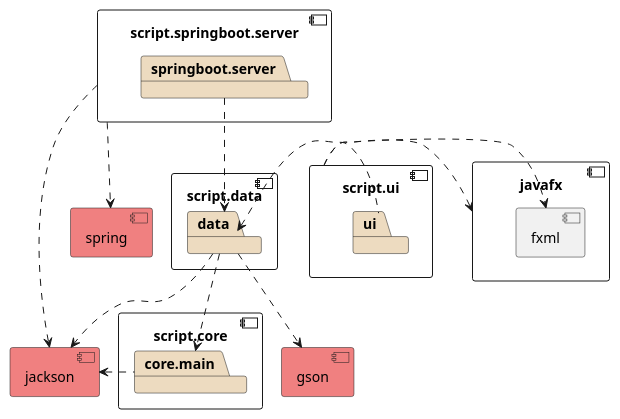
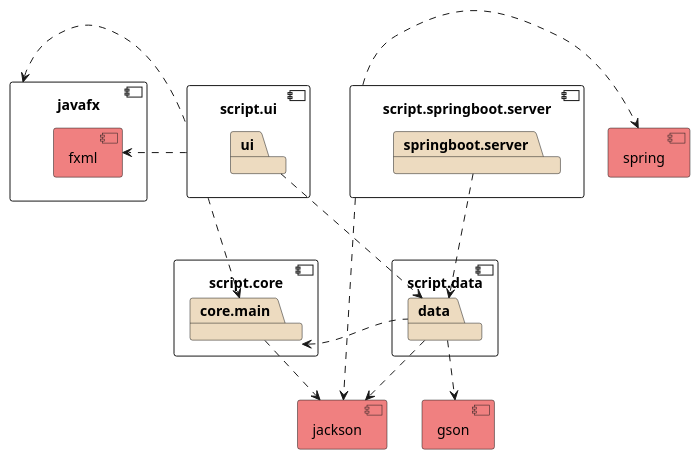
The diagram in docs/resources/ComponentDiagram.puml (Arashfa0301/Script), drawn with PlantUML before and after one commit. The commit also changed 1 other file, not shown here.

Commit message:
Improve the component diagram

```diff
--- a/docs/resources/ComponentDiagram.puml
+++ b/docs/resources/ComponentDiagram.puml
@@ -1,50 +1,51 @@
 @startuml ComponentDiagram
 
 component script.core {
 	package core.main #EDDBC0
 }
 
 component jackson #LightCoral {
 }
 
 component gson #LightCoral {
 
 }
 
 component script.ui{
 	package ui #EDDBC0
 }
 
 component javafx {
-	component fxml {
+	component fxml #LightCoral {
 	}
 }
 
 component script.data {
 	package data #EDDBC0
 }
 
 component script.springboot.server {
   package springboot.server #EDDBC0
 }
 
 component spring #LightCoral {
 }
 
-script.ui .> javafx
+script.ui .left.> javafx
 script.ui .> fxml
+script.ui .> core.main
 
-ui .left.> data
+ui ...> data
 
-core.main .left.> jackson
+core.main ..> jackson
 
 data ..> jackson
 data ..> gson
-data ..> core.main
+data .left.> core.main
 
-script.springboot.server ..> spring
+script.springboot.server .> spring
 script.springboot.server ..> jackson
 
-springboot.server ..> data
+springboot.server ...> data
 
 @enduml
```
